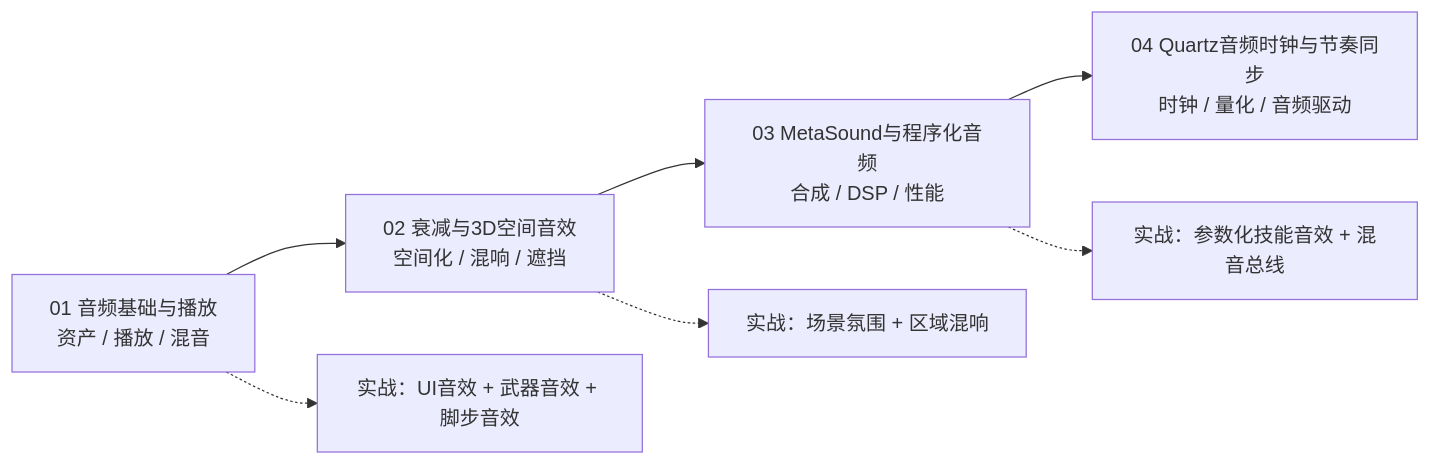
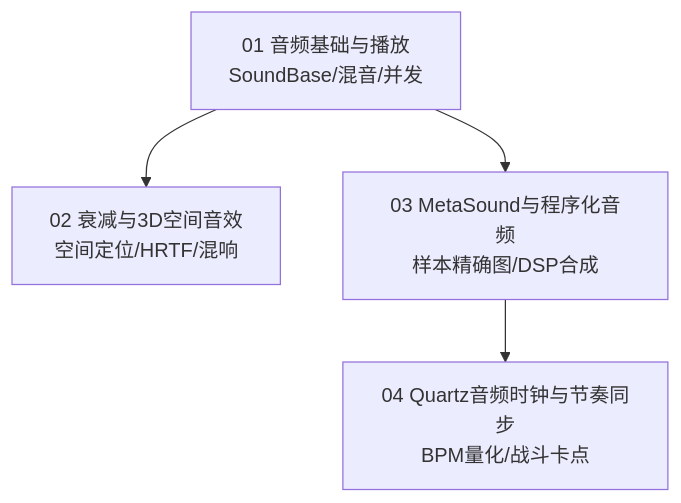
The diagram in 游戏知识/10-音频系统/README.md (fantuan812/learning), drawn with Mermaid before and after one commit. The commit also changed other lines of this file and 38 other files, not shown here.

````diff
--- a/游戏知识/10-音频系统/README.md
+++ b/游戏知识/10-音频系统/README.md
@@ -71,9 +41,6 @@
 ```mermaid
-flowchart LR
-    A["01 音频基础与播放<br/>资产 / 播放 / 混音"] --> B["02 衰减与3D空间音效<br/>空间化 / 混响 / 遮挡"]
-    B --> C["03 MetaSound与程序化音频<br/>合成 / DSP / 性能"]
-    C --> G["04 Quartz音频时钟与节奏同步<br/>时钟 / 量化 / 音频驱动"]
-    A -.-> D["实战：UI音效 + 武器音效 + 脚步音效"]
-    B -.-> E["实战：场景氛围 + 区域混响"]
-    C -.-> F["实战：参数化技能音效 + 混音总线"]
+flowchart TD
+    A[01 音频基础与播放<br/>SoundBase/混音/并发] --> B[02 衰减与3D空间音效<br/>空间定位/HRTF/混响]
+    A --> C[03 MetaSound与程序化音频<br/>样本精确图/DSP合成]
+    C --> D[04 Quartz音频时钟与节奏同步<br/>BPM量化/战斗卡点]
 ```
````
